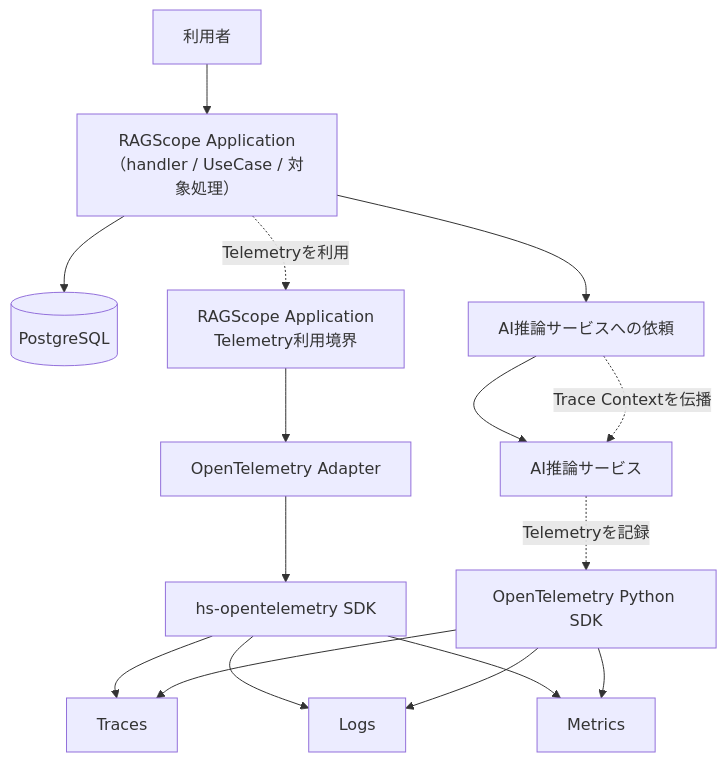
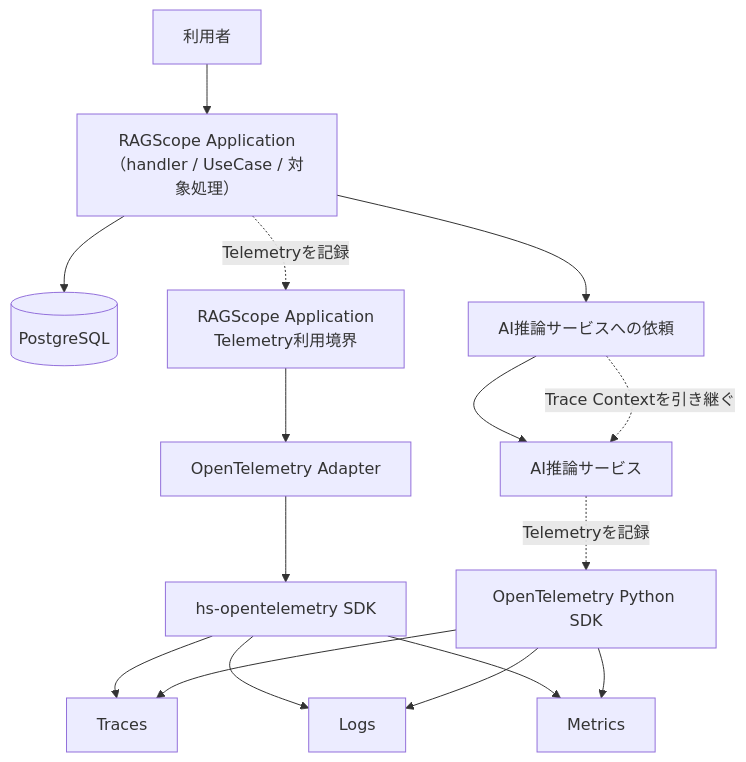
One commit to takashit16833/Workbench changed the first of 2 diagrams in Notes/RAGScope/RAGScopeアプリケーション/RS-0023 Observability設計メモ.md. Above: the diagram before and after it, drawn with Mermaid. The commit also changed other lines of this file, not shown here.

````diff
--- a/Notes/RAGScope/RAGScopeアプリケーション/RS-0023 Observability設計メモ.md
+++ b/Notes/RAGScope/RAGScopeアプリケーション/RS-0023 Observability設計メモ.md
@@ -43,22 +41,22 @@
 ```mermaid
 flowchart TB
     USER["利用者"] --> APP["RAGScope Application（handler / UseCase / 対象処理）"]
 
     APP --> DB[("PostgreSQL")]
     APP --> AIREQ["AI推論サービスへの依頼"]
     AIREQ --> AI["AI推論サービス"]
-    AIREQ -. "Trace Contextを伝播" .-> AI
+    AIREQ -. "Trace Contextを引き継ぐ" .-> AI
 
-    APP -. "Telemetryを利用" .-> TEL["RAGScope Application<br>Telemetry利用境界"]
+    APP -. "Telemetryを記録" .-> TEL["RAGScope Application<br>Telemetry利用境界"]
     TEL --> HADAPTER["OpenTelemetry Adapter"]
     HADAPTER --> HSDK["hs-opentelemetry SDK"]
 
     AI -. "Telemetryを記録" .-> PYSDK["OpenTelemetry Python SDK"]
 
     HSDK --> TR["Traces"]
     HSDK --> LG["Logs"]
     HSDK --> MT["Metrics"]
     PYSDK --> TR
     PYSDK --> LG
     PYSDK --> MT
 ```
````
